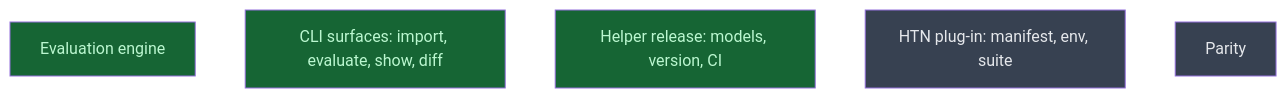
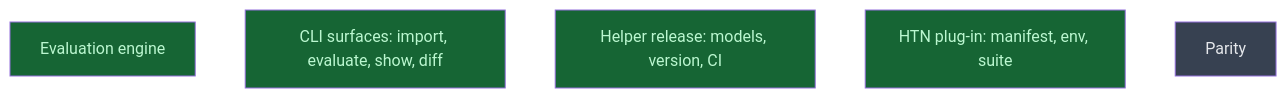
The diagram in __roadmap__/m2a-evaluation-parity/components/assembly/README.md (CrackingShells/Candler), drawn with Mermaid before and after one commit. The commit also changed other lines of this file and 2 other files, not shown here.

Commit message:
rdm(evaluation): report htn_plugin, mark it done
The HTN plug-in landed in the HTN repo as 8a1a5b88 on
feat/candler-htn-plugin, unpushed. Its verifier holds no blocker or
major, and the 0.5.0 tag is not cut.

````diff
--- a/__roadmap__/m2a-evaluation-parity/components/assembly/README.md
+++ b/__roadmap__/m2a-evaluation-parity/components/assembly/README.md
@@ -21,13 +21,13 @@
 ```mermaid
 graph TD
     engine[Evaluation engine]:::done
     surfaces[CLI surfaces: import, evaluate, show, diff]:::done
     helper_release[Helper release: models, version, CI]:::done
-    htn_plugin[HTN plug-in: manifest, env, suite]:::planned
+    htn_plugin[HTN plug-in: manifest, env, suite]:::done
     parity[Parity]:::planned
     classDef done       fill:#166534,color:#bbf7d0
     classDef inprogress fill:#854d0e,color:#fef08a
     classDef planned    fill:#374151,color:#e5e7eb
     classDef amendment  fill:#1e3a5f,color:#bfdbfe
     classDef blocked    fill:#7f1d1d,color:#fecaca
 ```
````
